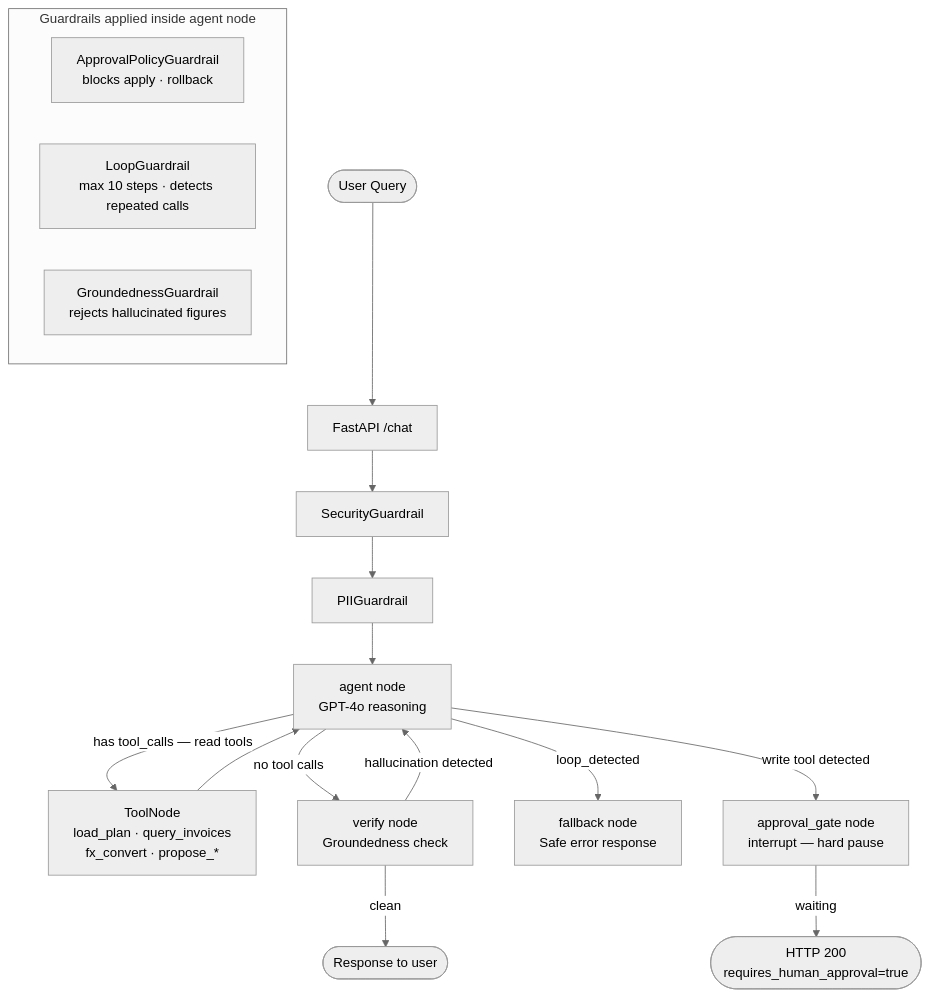
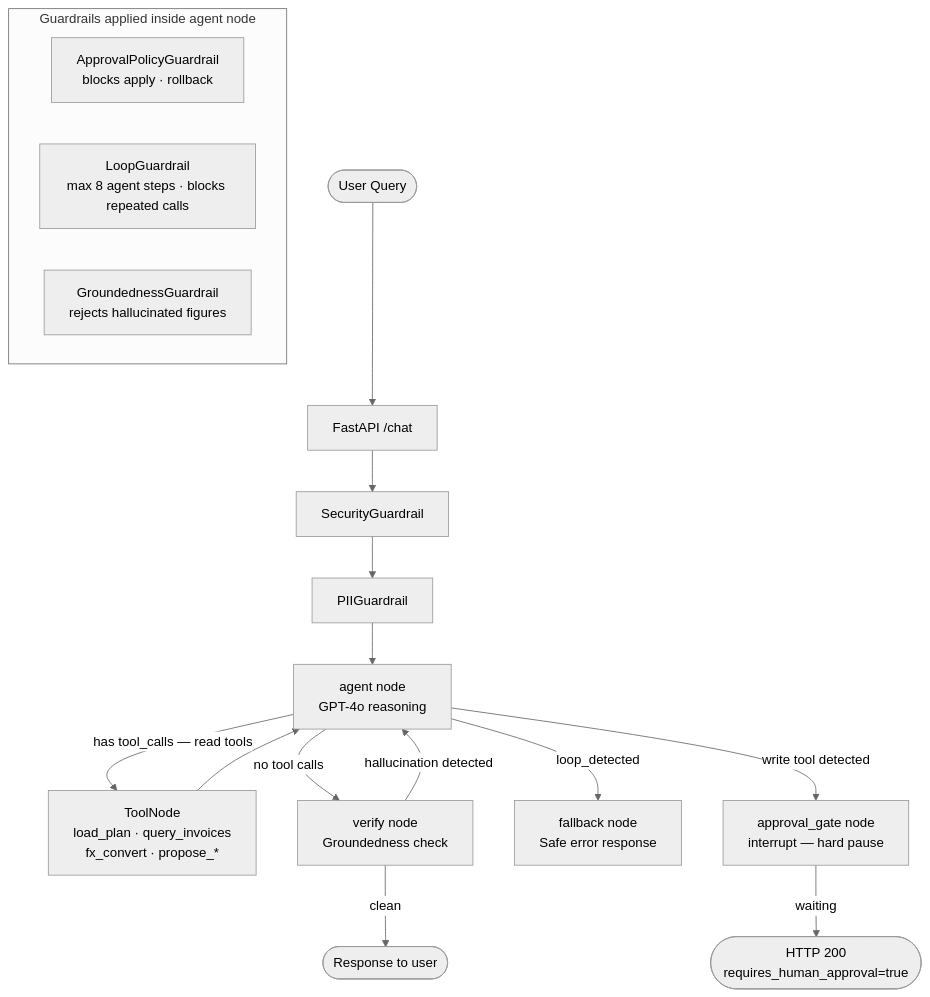
Before and after one commit to thesunnysinha/revenue-leakage-agent: the first of 3 diagrams in docs/architecture-diagrams.md, drawn with Mermaid (neutral theme). The commit also changed 4 other files, not shown here.

````diff
--- a/docs/architecture-diagrams.md
+++ b/docs/architecture-diagrams.md
@@ -7,25 +7,25 @@
 ```mermaid
 flowchart TD
     A([User Query]) --> B[FastAPI /chat]
     B --> G1[SecurityGuardrail]
     G1 --> G2[PIIGuardrail]
     G2 --> LLM[agent node\nGPT-4o reasoning]
 
     LLM -->|has tool_calls — read tools| TOOLS[ToolNode\nload_plan · query_invoices\nfx_convert · propose_*]
     LLM -->|no tool calls| VERIFY[verify node\nGroundedness check]
     LLM -->|loop_detected| FALLBACK[fallback node\nSafe error response]
     LLM -->|write tool detected| GATE[approval_gate node\ninterrupt — hard pause]
 
     TOOLS --> LLM
 
     VERIFY -->|clean| END1([Response to user])
     VERIFY -->|hallucination detected| LLM
 
     GATE -->|waiting| END2([HTTP 200\nrequires_human_approval=true])
 
     subgraph Guardrails applied inside agent node
         AG[ApprovalPolicyGuardrail\nblocks apply · rollback]
-        LG[LoopGuardrail\nmax 10 steps · detects repeated calls]
+        LG[LoopGuardrail\nmax 8 agent steps · blocks repeated calls]
         GG[GroundednessGuardrail\nrejects hallucinated figures]
     end
 ```
````
